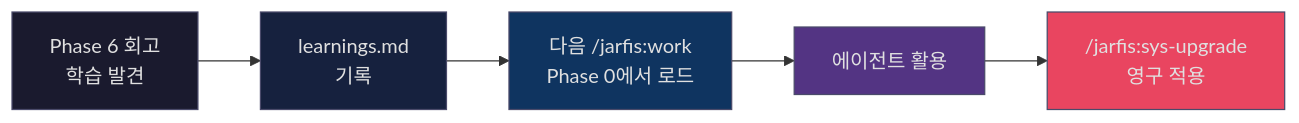
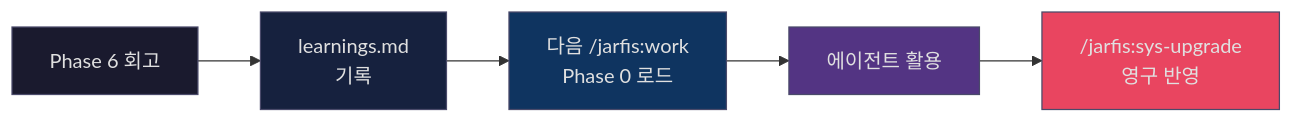
One commit to sana-lazystar/jarfis changed the third of 3 diagrams in README.md. Above: the diagram before and after it, drawn with Mermaid. The commit also changed other lines of this file and 7 other files, not shown here.

````diff
--- a/README.md
+++ b/README.md
@@ -183,13 +239,13 @@
 ```mermaid
 flowchart LR
-    A["Phase 6 회고\n학습 발견"] --> B["learnings.md\n기록"]
-    B --> C["다음 /jarfis:work\nPhase 0에서 로드"]
+    A["Phase 6 회고"] --> B["learnings.md\n기록"]
+    B --> C["다음 /jarfis:work\nPhase 0 로드"]
     C --> D["에이전트 활용"]
-    D --> E["/jarfis:sys-upgrade\n영구 적용"]
+    D --> E["/jarfis:sys-upgrade\n영구 반영"]
 
     style A fill:#1a1a2e,color:#e0e0e0,stroke:#4a4a6a
     style B fill:#16213e,color:#e0e0e0,stroke:#4a4a6a
     style C fill:#0f3460,color:#e0e0e0,stroke:#4a4a6a
     style D fill:#533483,color:#e0e0e0,stroke:#4a4a6a
     style E fill:#e94560,color:#e0e0e0,stroke:#4a4a6a
 ```
````
